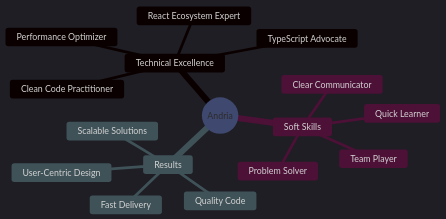
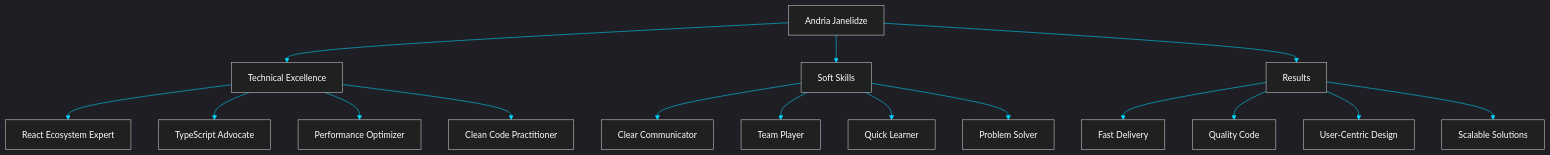
One commit to DAEL64/DAEL64 changed the diagram in README.md. Above: the diagram before and after it, drawn with Mermaid.

Commit message:
Replace mindmap with graph representation in README

````diff
--- a/README.md
+++ b/README.md
@@ -156,20 +156,22 @@
 ```mermaid
-%%{init: {'theme':'dark', 'themeVariables': { 'primaryColor':'#00d9ff', 'primaryTextColor':'#ffffff', 'primaryBorderColor':'#00d9ff', 'lineColor':'#00d9ff', 'secondaryColor':'#1a1e2e', 'tertiaryColor':'#0d1117', 'noteTextColor':'#ffffff', 'noteBkgColor':'#1a1e2e', 'textColor':'#ffffff', 'fontSize':'16px'}}}%%
-mindmap
-  root((Andria))
-    Technical Excellence
-      React Ecosystem Expert
-      TypeScript Advocate
-      Performance Optimizer
-      Clean Code Practitioner
-    Soft Skills
-      Clear Communicator
-      Team Player
-      Quick Learner
-      Problem Solver
-    Results
-      Fast Delivery
-      Quality Code
-      User-Centric Design
-      Scalable Solutions
+%%{init: {'theme':'dark', 'themeVariables': { 'primaryColor':'#00d9ff', 'primaryTextColor':'#ffffff', 'primaryBorderColor':'#00d9ff', 'lineColor':'#00d9ff', 'secondaryColor':'#1a1e2e', 'tertiaryColor':'#0d1117', 'textColor':'#ffffff', 'fontSize':'16px'}}}%%
+graph TD
+    A[Andria Janelidze] --> B[Technical Excellence]
+    A --> C[Soft Skills]
+    A --> D[Results]
+    
+    B --> B1[React Ecosystem Expert]
+    B --> B2[TypeScript Advocate]
+    B --> B3[Performance Optimizer]
+    B --> B4[Clean Code Practitioner]
+    
+    C --> C1[Clear Communicator]
+    C --> C2[Team Player]
+    C --> C3[Quick Learner]
+    C --> C4[Problem Solver]
+    
+    D --> D1[Fast Delivery]
+    D --> D2[Quality Code]
+    D --> D3[User-Centric Design]
+    D --> D4[Scalable Solutions]
 ```
````
